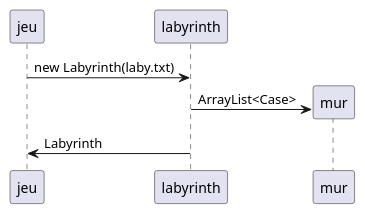
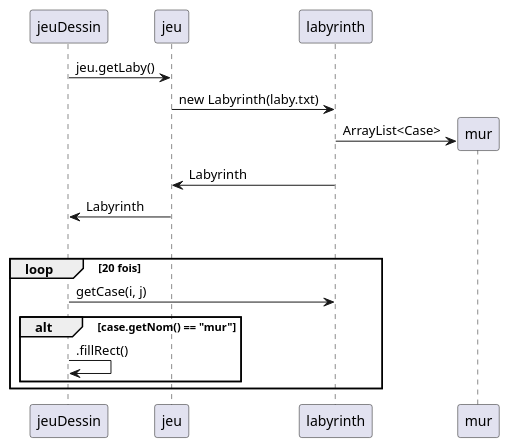
Before and after one commit to Zayd54500/2026_COO_Zeldiablo_ZB_VJ_HD_MM: the diagram in projet_zeldiablo/documents/version_2/DiagrammeSequenceImplementationMur.puml, drawn with PlantUML. The commit also changed 2 other files, not shown here.

Commit message:
Modification diagramme séquence et labyrinth

```diff
--- a/projet_zeldiablo/documents/version_2/DiagrammeSequenceImplementationMur.puml
+++ b/projet_zeldiablo/documents/version_2/DiagrammeSequenceImplementationMur.puml
@@ -1,10 +1,21 @@
 @startuml
+participant "jeuDessin" as dessin
 participant "jeu" as jeu
 participant "labyrinth" as laby
 participant "mur" as mur
+dessin -> jeu : jeu.getLaby()
 jeu -> laby : new Labyrinth(laby.txt)
 create mur
 laby -> mur : ArrayList<Case>
 laby -> jeu : Labyrinth
+jeu -> dessin : Labyrinth
+loop 20 fois
+    loop 20 fois
+        dessin -> laby : getCase(i, j)
+        alt case.getNom() == "mur"
+            dessin -> dessin : .fillRect()
+       end
+    end
+
 
 @enduml
```
